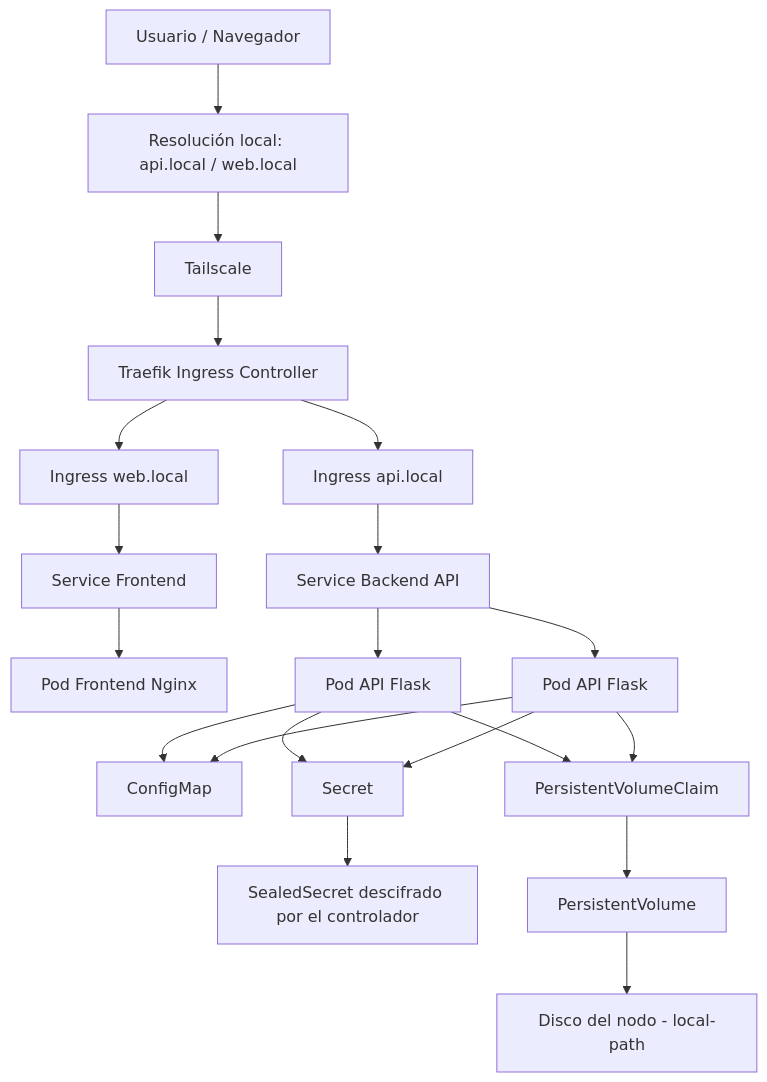
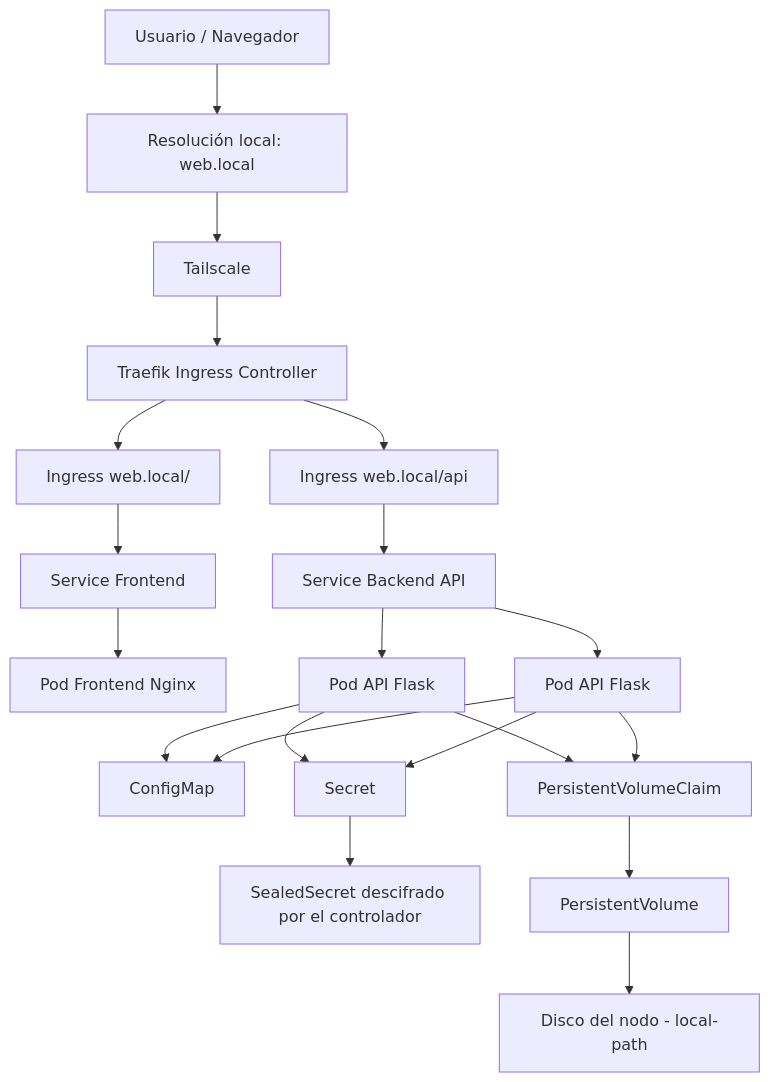
One commit to oscarHidalgo93/devops-project changed the first of 4 diagrams in README.md. Above: the diagram before and after it, drawn with Mermaid. The commit also changed other lines of this file and 1 other file, not shown here.

Commit message:
docs: dominio único con la API bajo /api, en ambos idiomas

````diff
--- a/README.md
+++ b/README.md
@@ -58,30 +58,30 @@
 ```mermaid
 flowchart TD
-    User[Usuario / Navegador] --> Hosts[Resolución local: api.local / web.local]
+    User[Usuario / Navegador] --> Hosts[Resolución local: web.local]
     Hosts --> Tailscale[Tailscale]
     Tailscale --> Traefik[Traefik Ingress Controller]
 
-    Traefik --> WebIngress[Ingress web.local]
-    Traefik --> ApiIngress[Ingress api.local]
+    Traefik --> WebIngress["Ingress web.local/"]
+    Traefik --> ApiIngress["Ingress web.local/api"]
 
     WebIngress --> WebService[Service Frontend]
     ApiIngress --> ApiService[Service Backend API]
 
     WebService --> WebPod[Pod Frontend Nginx]
 
     ApiService --> ApiPod1[Pod API Flask]
     ApiService --> ApiPod2[Pod API Flask]
 
     ApiPod1 --> ConfigMap[ConfigMap]
     ApiPod1 --> Secret[Secret]
     ApiPod1 --> PVC[PersistentVolumeClaim]
 
     ApiPod2 --> ConfigMap
     ApiPod2 --> Secret
     ApiPod2 --> PVC
 
     Secret --> Sealed[SealedSecret descifrado por el controlador]
 
     PVC --> PV[PersistentVolume]
     PV --> Disk[Disco del nodo - local-path]
 ```
````
